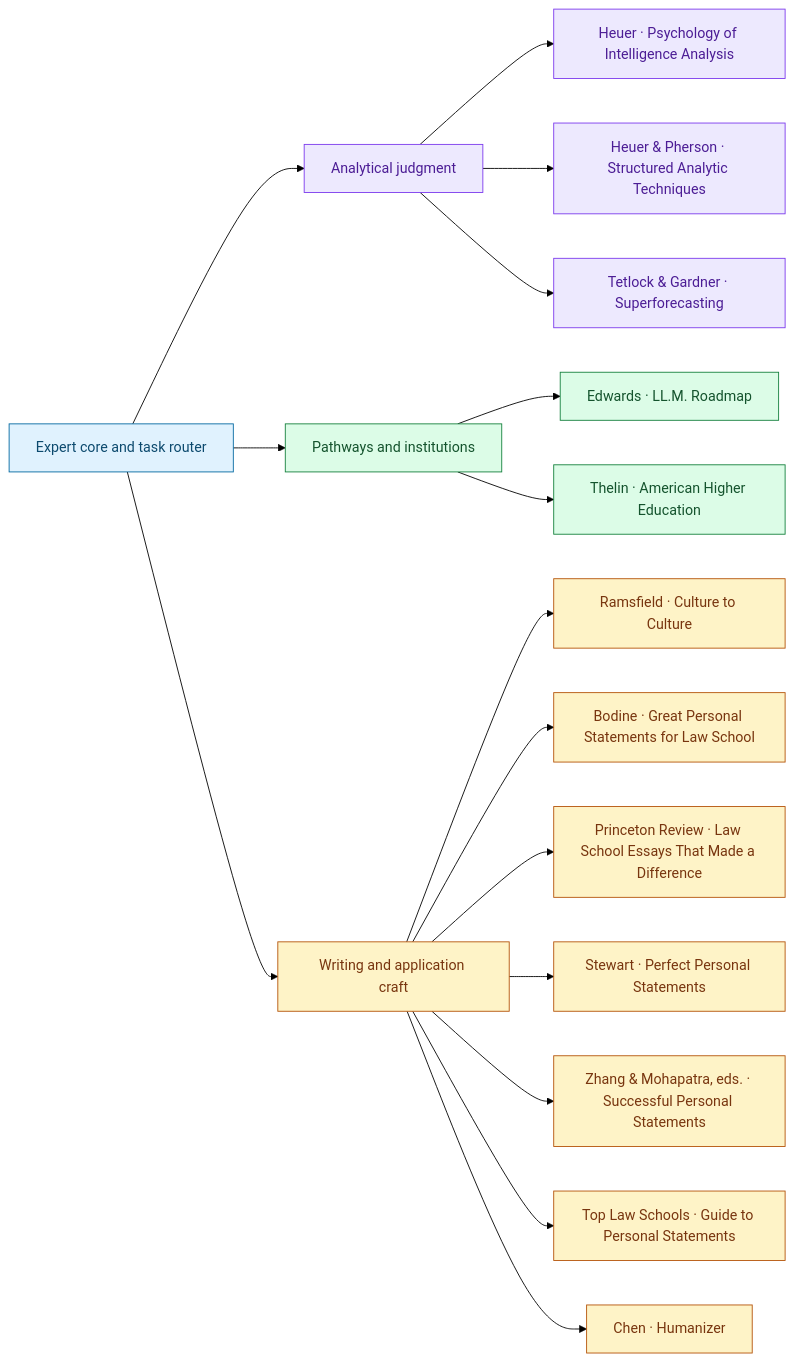
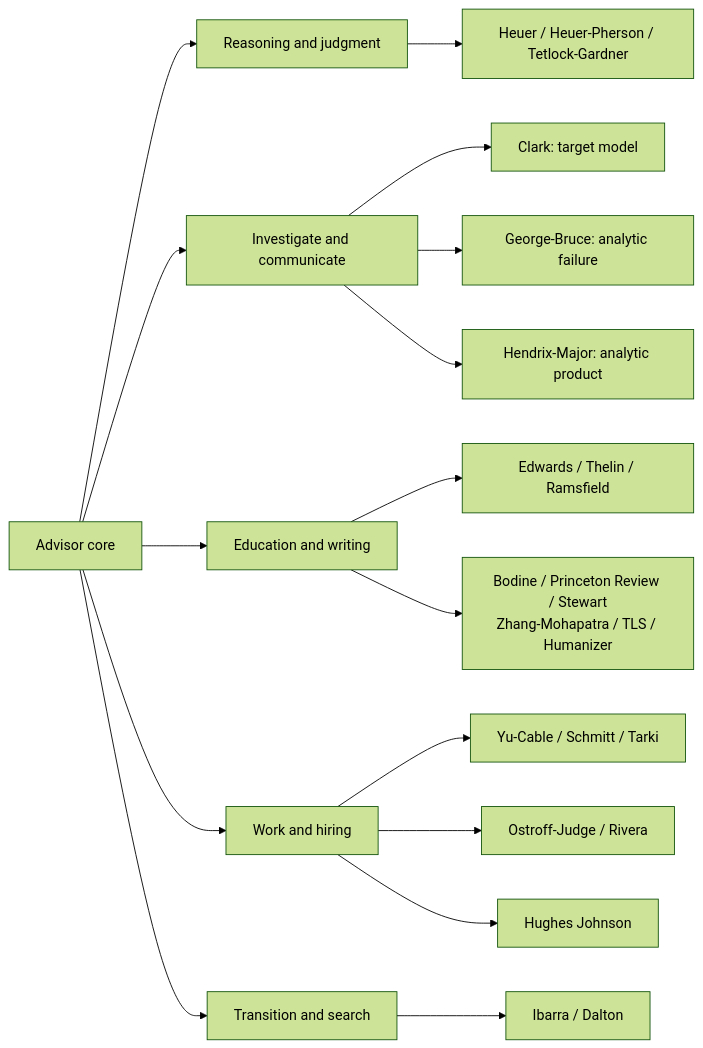
Before and after one commit to ariel-lee-1023/US-Study-to-Career-Advisor-for-Law-Students: the third of 3 diagrams in README.md, drawn with Mermaid (forest theme). The commit also changed other lines of this file and 25 other files, not shown here.

Commit message:
Expand study-to-career advising and integrate analytic production

````diff
--- a/README.md
+++ b/README.md
@@ -195,29 +111,20 @@
 ```mermaid
 flowchart LR
-    accTitle: Sources and their primary responsibilities
-    accDescr: Task responsibilities connect the expert to its source material; groupings do not imply author agreement.
-    core["Expert core and task router"]
-    core --> g0["Analytical judgment"]
-    g0 --> s0_0["Heuer · Psychology of Intelligence Analysis"]
-    g0 --> s0_1["Heuer &amp; Pherson · Structured Analytic Techniques"]
-    g0 --> s0_2["Tetlock &amp; Gardner · Superforecasting"]
-    classDef group0 fill:#ede9fe,stroke:#7c3aed,color:#4c1d95
-    class g0,s0_0,s0_1,s0_2 group0
-    core --> g1["Pathways and institutions"]
-    g1 --> s1_0["Edwards · LL.M. Roadmap"]
-    g1 --> s1_1["Thelin · American Higher Education"]
-    classDef group1 fill:#dcfce7,stroke:#15803d,color:#14532d
-    class g1,s1_0,s1_1 group1
-    core --> g2["Writing and application craft"]
-    g2 --> s2_0["Ramsfield · Culture to Culture"]
-    g2 --> s2_1["Bodine · Great Personal Statements for Law School"]
-    g2 --> s2_2["Princeton Review · Law School Essays That Made a Difference"]
-    g2 --> s2_3["Stewart · Perfect Personal Statements"]
-    g2 --> s2_4["Zhang &amp; Mohapatra, eds. · Successful Personal Statements"]
-    g2 --> s2_5["Top Law Schools · Guide to Personal Statements"]
-    g2 --> s2_6["Chen · Humanizer"]
-    classDef group2 fill:#fef3c7,stroke:#b45309,color:#78350f
-    class g2,s2_0,s2_1,s2_2,s2_3,s2_4,s2_5,s2_6 group2
-    classDef focus fill:#e0f2fe,stroke:#0369a1,color:#0c4a6e
-    class core focus
+    accTitle: Sources by decision responsibility
+    accDescr: The advisor combines distinct source responsibilities without implying agreement among authors.
+    a["Advisor core"] --> reasoning["Reasoning and judgment"]
+    reasoning --> old["Heuer / Heuer-Pherson / Tetlock-Gardner"]
+    a --> production["Investigate and communicate"]
+    production --> clark["Clark: target model"]
+    production --> george["George-Bruce: analytic failure"]
+    production --> hendrix["Hendrix-Major: analytic product"]
+    a --> study["Education and writing"]
+    study --> education["Edwards / Thelin / Ramsfield"]
+    study --> writing["Bodine / Princeton Review / Stewart<br/>Zhang-Mohapatra / TLS / Humanizer"]
+    a --> hiring["Work and hiring"]
+    hiring --> formal["Yu-Cable / Schmitt / Tarki"]
+    hiring --> social["Ostroff-Judge / Rivera"]
+    hiring --> org["Hughes Johnson"]
+    a --> transition["Transition and search"]
+    transition --> candidate["Ibarra / Dalton"]
 ```
````
